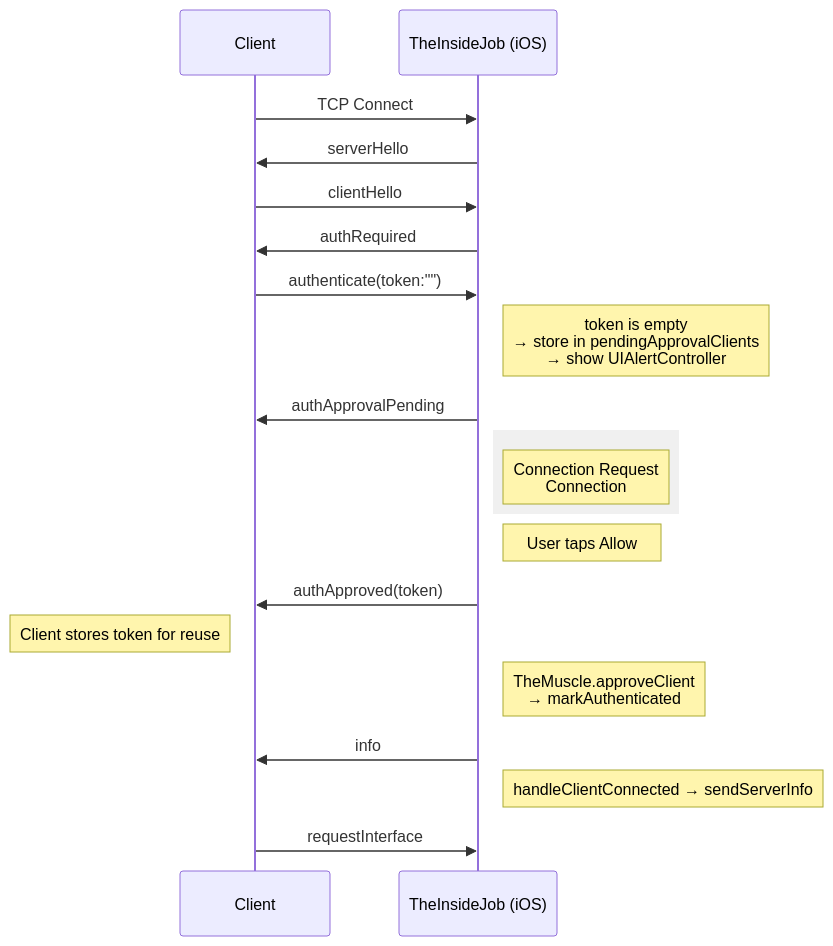
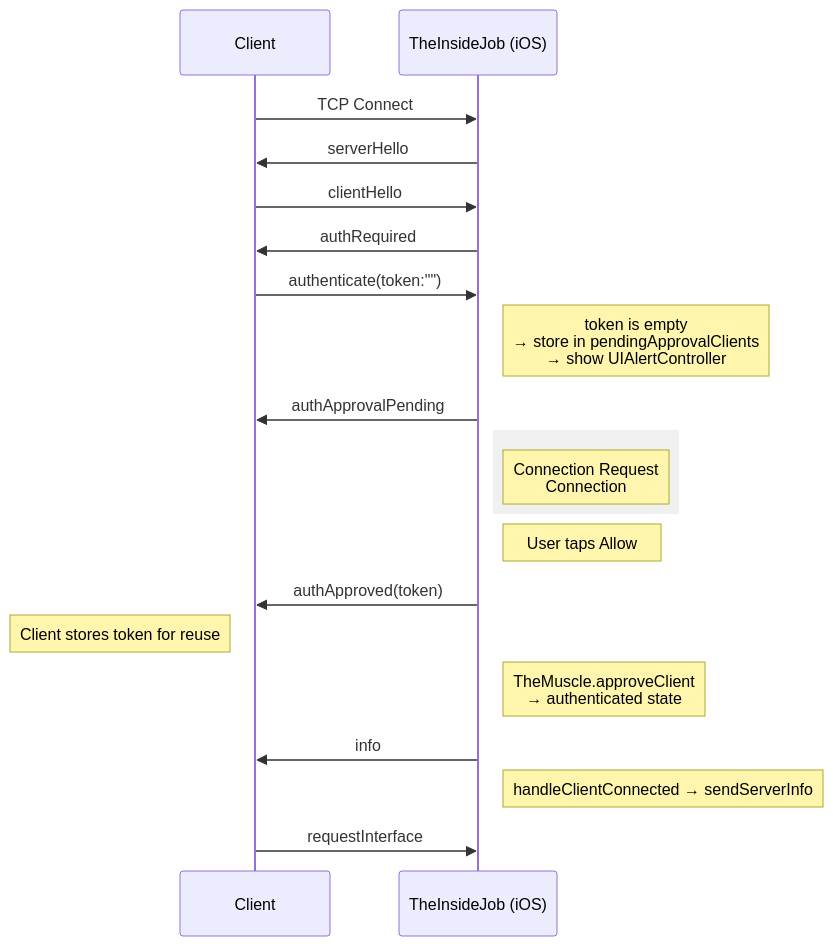
The third of 7 diagrams in docs/AUTH.md (RoyalPineapple/TheButtonHeist), drawn with Mermaid before and after one commit. The commit also changed other lines of this file and 27 other files, not shown here.

````diff
--- a/docs/AUTH.md
+++ b/docs/AUTH.md
@@ -116,25 +116,25 @@
 ```mermaid
 sequenceDiagram
     participant Client
     participant TheInsideJob as TheInsideJob (iOS)
 
     Client->>TheInsideJob: TCP Connect
     TheInsideJob->>Client: serverHello
     Client->>TheInsideJob: clientHello
     TheInsideJob->>Client: authRequired
     Client->>TheInsideJob: authenticate(token:"")
     Note right of TheInsideJob: token is empty<br/>→ store in pendingApprovalClients<br/>→ show UIAlertController
     TheInsideJob->>Client: authApprovalPending
 
     rect rgb(240, 240, 240)
         Note right of TheInsideJob: Connection Request<br/>Connection #N is requesting access.<br/>[Deny] [Allow]
     end
 
     Note right of TheInsideJob: User taps Allow
     TheInsideJob->>Client: authApproved(token)
     Note left of Client: Client stores token for reuse
-    Note right of TheInsideJob: TheMuscle.approveClient<br/>→ markAuthenticated
+    Note right of TheInsideJob: TheMuscle.approveClient<br/>→ authenticated state
     TheInsideJob->>Client: info
     Note right of TheInsideJob: handleClientConnected → sendServerInfo
     Client->>TheInsideJob: requestInterface
 ```
````
